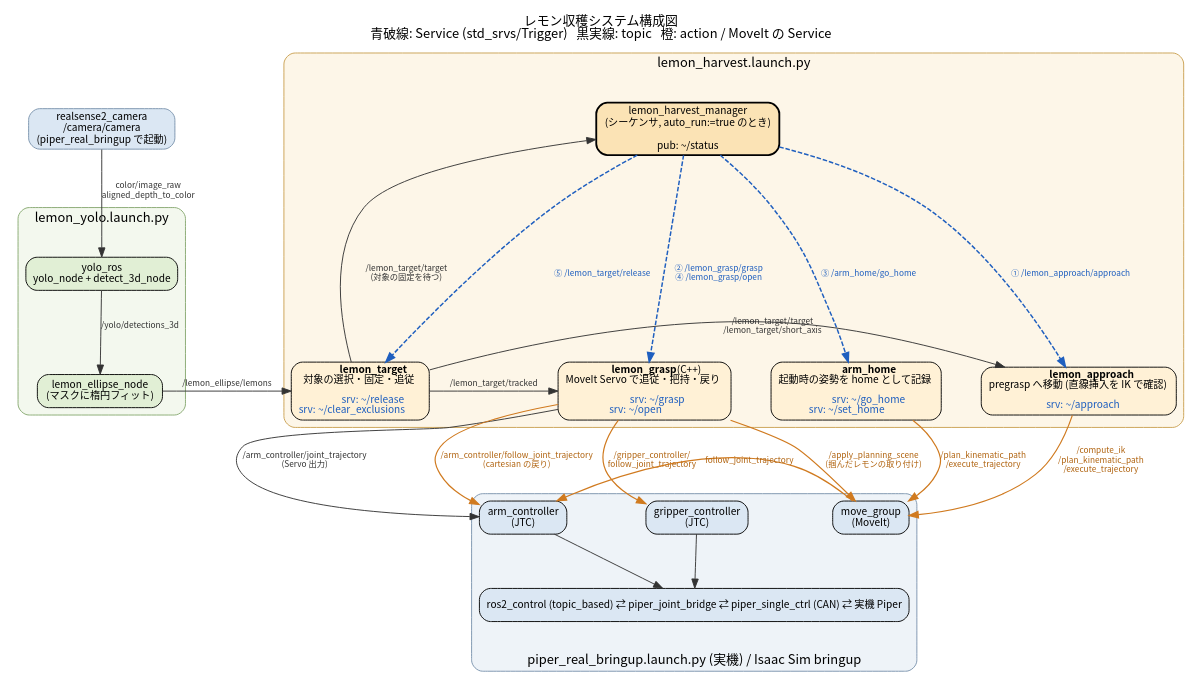
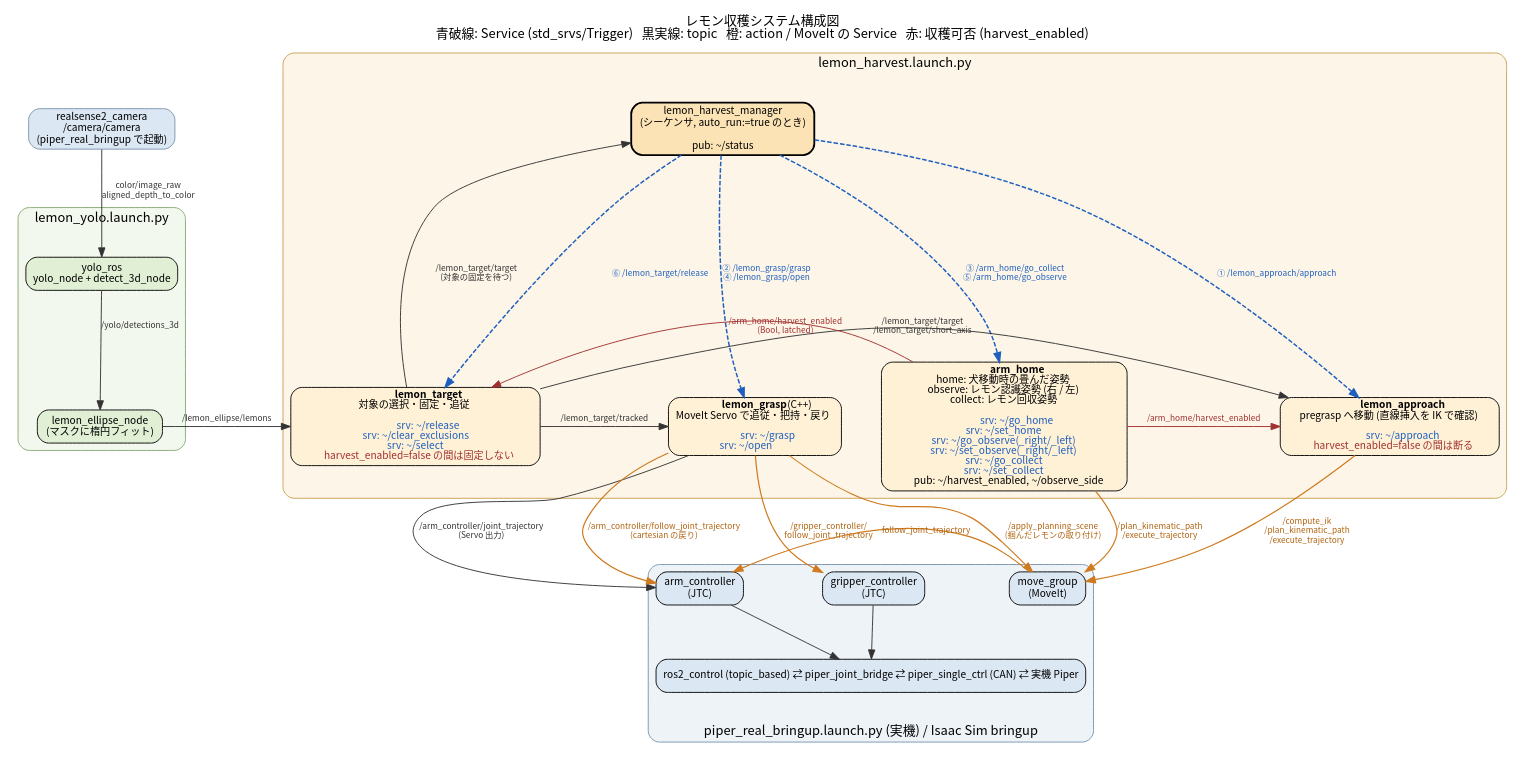
The diagram in src/lemon_reach/docs/lemon_harvest_system.dot (Keita2370/lemon_ws), drawn with Graphviz before and after one commit. The commit also changed 11 other files, not shown here.

```diff
--- a/src/lemon_reach/docs/lemon_harvest_system.dot
+++ b/src/lemon_reach/docs/lemon_harvest_system.dot
@@ -1,99 +1,106 @@
 // レモン収穫システムの構成図 (Service / topic / action の関係)
 // 生成: dot -Tpng -Gdpi=130 lemon_harvest_system.dot -o lemon_harvest_system.png
 //       dot -Tsvg lemon_harvest_system.dot -o lemon_harvest_system.svg
 digraph lemon_harvest {
     graph [
         rankdir=TB, fontname="Noto Sans CJK JP", fontsize=14,
         nodesep=0.6, ranksep=0.8, newrank=true, bgcolor="white",
-        label="レモン収穫システム構成図\n青破線: Service (std_srvs/Trigger)   黒実線: topic   橙: action / MoveIt の Service",
+        label="レモン収穫システム構成図\n青破線: Service (std_srvs/Trigger)   黒実線: topic   橙: action / MoveIt の Service   赤: 収穫可否 (harvest_enabled)",
         labelloc=t
     ];
     node [shape=box, style="rounded,filled", fontname="Noto Sans CJK JP", fontsize=11, fillcolor="#ffffff"];
     edge [fontname="Noto Sans CJK JP", fontsize=9];
 
     // ---------------- lemon_yolo.launch.py ----------------
     subgraph cluster_yolo {
         label="lemon_yolo.launch.py";
         style="rounded,filled"; fillcolor="#f3f8ee"; color="#86a870";
 
         yolo    [label="yolo_ros\nyolo_node + detect_3d_node", fillcolor="#e1efd5"];
         ellipse [label="lemon_ellipse_node\n(マスクに楕円フィット)", fillcolor="#e1efd5"];
     }
 
     // ---------------- lemon_harvest.launch.py ----------------
     subgraph cluster_harvest {
         label="lemon_harvest.launch.py";
         style="rounded,filled"; fillcolor="#fdf6e8"; color="#c9a050";
 
         manager [label="lemon_harvest_manager\n(シーケンサ, auto_run:=true のとき)\n\npub: ~/status", fillcolor="#fbe3b5", penwidth=2, ordering=out];
 
         target [label=<
             <b>lemon_target</b><br/>対象の選択・固定・追従<br/><br/>
-            <font color="#1f5fbf">srv: ~/release<br/>srv: ~/clear_exclusions</font>
+            <font color="#1f5fbf">srv: ~/release<br/>srv: ~/clear_exclusions<br/>srv: ~/select</font><br/>
+            <font color="#a03030">harvest_enabled=false の間は固定しない</font>
         >, fillcolor="#fff1d6"];
         approach [label=<
             <b>lemon_approach</b><br/>pregrasp へ移動 (直線挿入を IK で確認)<br/><br/>
-            <font color="#1f5fbf">srv: ~/approach</font>
+            <font color="#1f5fbf">srv: ~/approach</font><br/>
+            <font color="#a03030">harvest_enabled=false の間は断る</font>
         >, fillcolor="#fff1d6"];
         grasp [label=<
             <b>lemon_grasp</b> (C++)<br/>MoveIt Servo で追従・把持・戻り<br/><br/>
             <font color="#1f5fbf">srv: ~/grasp<br/>srv: ~/open</font>
         >, fillcolor="#fff1d6"];
         home [label=<
-            <b>arm_home</b><br/>起動時の姿勢を home として記録<br/><br/>
-            <font color="#1f5fbf">srv: ~/go_home<br/>srv: ~/set_home</font>
+            <b>arm_home</b><br/>home: 犬移動時の畳んだ姿勢<br/>observe: レモン認識姿勢 (右 / 左)<br/>collect: レモン回収姿勢<br/><br/>
+            <font color="#1f5fbf">srv: ~/go_home<br/>srv: ~/set_home<br/>srv: ~/go_observe(_right/_left)<br/>srv: ~/set_observe(_right/_left)<br/>srv: ~/go_collect<br/>srv: ~/set_collect</font><br/>
+            pub: ~/harvest_enabled, ~/observe_side
         >, fillcolor="#fff1d6"];
     }
 
     // ---------------- piper_real_bringup.launch.py ----------------
     // カメラも bringup で起動するが、図を見やすくするため YOLO の上に別に置く
     camera [label="realsense2_camera\n/camera/camera\n(piper_real_bringup で起動)", fillcolor="#dbe7f3", color="#7a93ad"];
 
     subgraph cluster_bringup {
         label="piper_real_bringup.launch.py (実機) / Isaac Sim bringup";
         labelloc=b;
         style="rounded,filled"; fillcolor="#eef3f8"; color="#7a93ad";
 
         movegroup [label="move_group\n(MoveIt)", fillcolor="#dbe7f3"];
         arm_ctrl [label="arm_controller\n(JTC)", fillcolor="#dbe7f3"];
         grip_ctrl [label="gripper_controller\n(JTC)", fillcolor="#dbe7f3"];
         hw [label="ros2_control (topic_based) ⇄ piper_joint_bridge ⇄ piper_single_ctrl (CAN) ⇄ 実機 Piper", fillcolor="#dbe7f3"];
     }
 
     // ---------------- Service 呼び出し (manager → 各ノード) ----------------
     edge [color="#1f5fbf", fontcolor="#1f5fbf", style=dashed, penwidth=1.6];
     // ordering=out で、この順 (左から target, approach, grasp, home) に並べる
-    manager -> target   [label="⑤ /lemon_target/release"];
+    manager -> target   [label="⑥ /lemon_target/release"];
     manager -> approach [label="① /lemon_approach/approach"];
     manager -> grasp    [label="② /lemon_grasp/grasp\n④ /lemon_grasp/open"];
-    manager -> home     [label="③ /arm_home/go_home"];
+    manager -> home     [label="③ /arm_home/go_collect\n⑤ /arm_home/go_observe"];
 
     // ---------------- topic ----------------
     edge [color="#333333", fontcolor="#333333", style=solid, penwidth=1.0];
     camera  -> yolo    [label="color/image_raw\naligned_depth_to_color"];
     yolo    -> ellipse [label="/yolo/detections_3d"];
     ellipse -> target  [label="/lemon_ellipse/lemons", constraint=false];
     target  -> manager [label="/lemon_target/target\n(対象の固定を待つ)"];
     target  -> approach [constraint=false, label="/lemon_target/target\n/lemon_target/short_axis"];
     target  -> grasp   [constraint=false, label="/lemon_target/tracked"];
+    home    -> target  [constraint=false, color="#a03030", fontcolor="#a03030",
+                        label="/arm_home/harvest_enabled\n(Bool, latched)"];
+    home    -> approach [constraint=false, color="#a03030", fontcolor="#a03030",
+                        label="/arm_home/harvest_enabled"];
     grasp   -> arm_ctrl [label="/arm_controller/joint_trajectory\n(Servo 出力)"];
     arm_ctrl -> hw;
     grip_ctrl -> hw;
 
     // ---------------- action / MoveIt の Service ----------------
     edge [color="#d07a1f", fontcolor="#b0630f", style=solid, penwidth=1.3];
     approach -> movegroup [label="/compute_ik\n/plan_kinematic_path\n/execute_trajectory"];
     home     -> movegroup [label="/plan_kinematic_path\n/execute_trajectory"];
     grasp    -> movegroup [label="/apply_planning_scene\n(掴んだレモンの取り付け)"];
     grasp    -> grip_ctrl [label="/gripper_controller/\nfollow_joint_trajectory"];
     grasp    -> arm_ctrl  [label="/arm_controller/follow_joint_trajectory\n(cartesian の戻り)"];
     movegroup -> arm_ctrl [label="follow_joint_trajectory"];
 
     // 上から: manager / camera → 収穫ノード → MoveIt / コントローラ → 実機
     { rank=same; manager; camera; }
     { rank=same; ellipse; target; approach; grasp; home; }
     { rank=same; movegroup; arm_ctrl; grip_ctrl; }
     // 下段は左から gripper_controller, arm_controller, move_group
     edge [style=invis];
     grip_ctrl -> arm_ctrl;
 }
```
